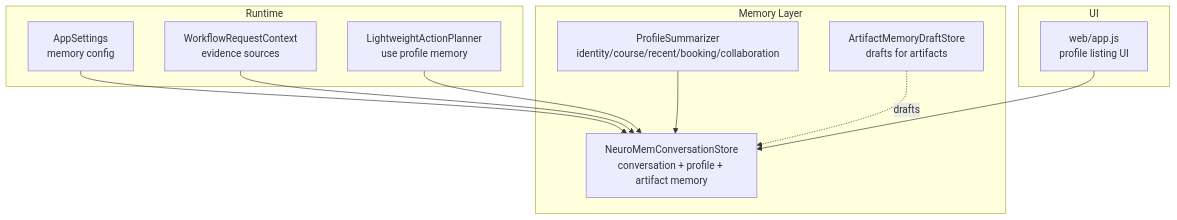
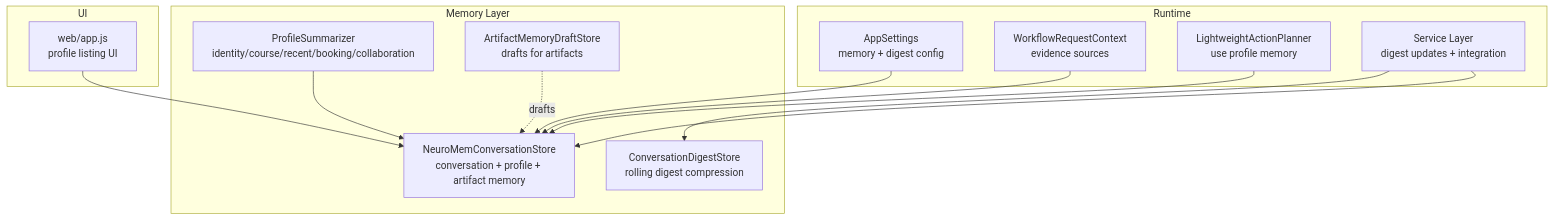
One commit to intellistream/sage-mate changed the first of 10 diagrams in .qoder/repowiki/en/content/Memory Systems/Memory Systems.md. Above: the diagram before and after it, drawn with Mermaid. The commit also changed other lines of this file and 136 other files, not shown here.

First line of the commit message:
chore: source updates, bidirectional link graph, data and repowiki refresh

````diff
--- a/.qoder/repowiki/en/content/Memory Systems/Memory Systems.md
+++ b/.qoder/repowiki/en/content/Memory Systems/Memory Systems.md
@@ -41,22 +52,26 @@
 ```mermaid
 graph TB
 subgraph "Memory Layer"
 MS["NeuroMemConversationStore<br/>conversation + profile + artifact memory"]
 PS["ProfileSummarizer<br/>identity/course/recent/booking/collaboration"]
 AMS["ArtifactMemoryDraftStore<br/>drafts for artifacts"]
+CDS["ConversationDigestStore<br/>rolling digest compression"]
 end
 subgraph "Runtime"
-CFG["AppSettings<br/>memory config"]
+CFG["AppSettings<br/>memory + digest config"]
 WFC["WorkflowRequestContext<br/>evidence sources"]
 LA["LightweightActionPlanner<br/>use profile memory"]
+SV["Service Layer<br/>digest updates + integration"]
 end
 subgraph "UI"
 FE["web/app.js<br/>profile listing UI"]
 end
 CFG --> MS
 PS --> MS
 WFC --> MS
 LA --> MS
+SV --> MS
+SV --> CDS
 FE --> MS
 AMS -. drafts .-> MS
 ```
````
